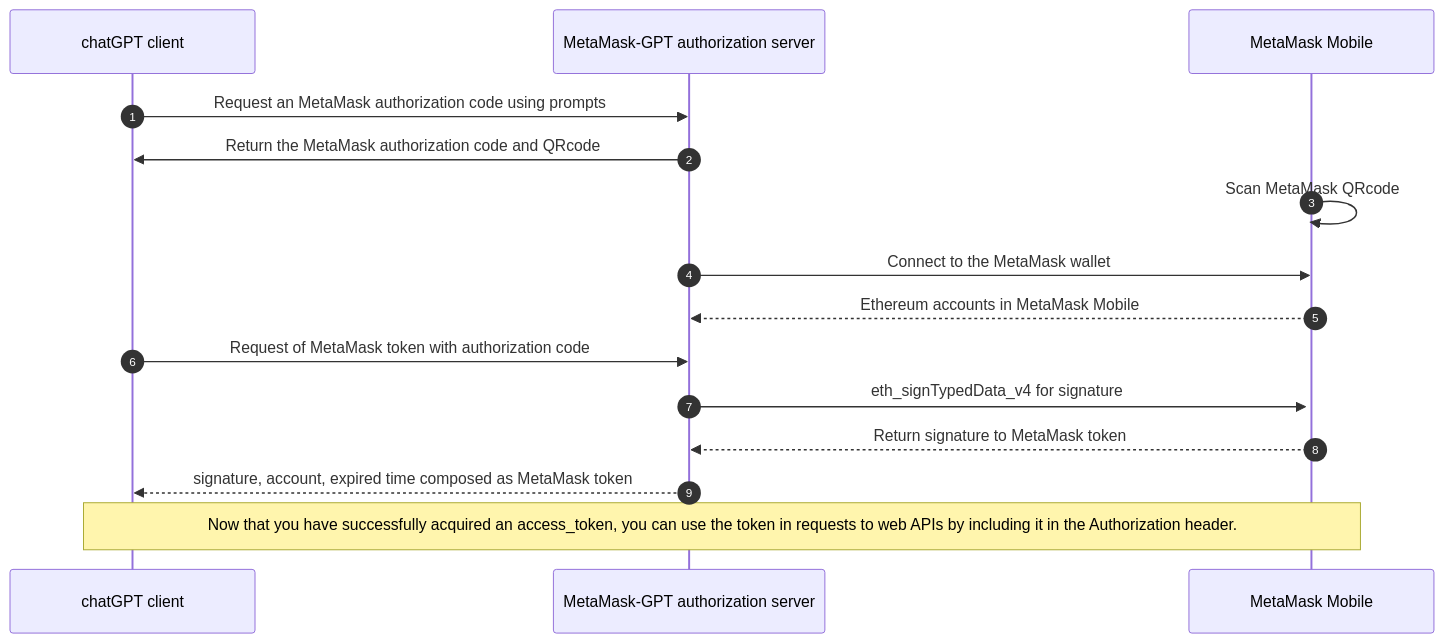
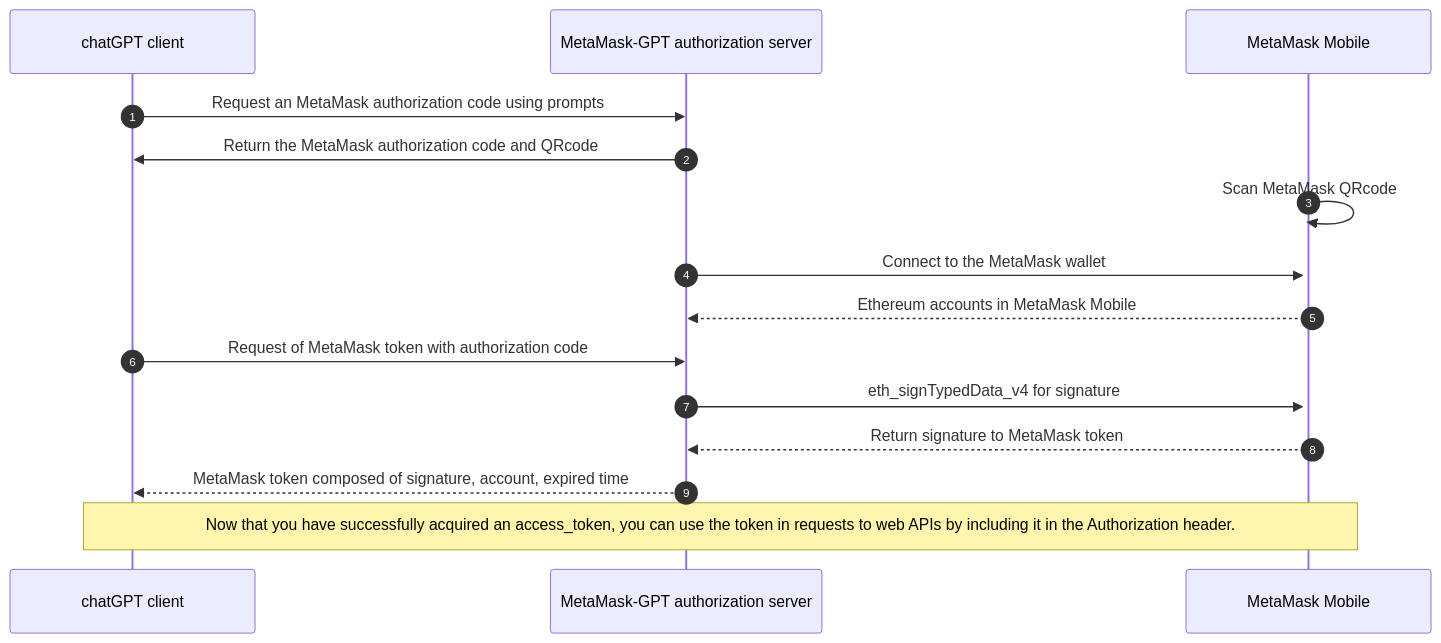
One commit to TheBestOrNothing/thebestornothing.github.io changed the diagram in website/docs/metamaskGPT/connect.mdx. Above: the diagram before and after it, drawn with Mermaid. The commit also changed other lines of this file, not shown here.

````diff
--- a/website/docs/metamaskGPT/connect.mdx
+++ b/website/docs/metamaskGPT/connect.mdx
@@ -29,30 +29,29 @@
 ```mermaid
 %%{
   init: {
     'sequence': {
       'actorMargin': 100,
       'width': 250,
       'noteMargin': 15
     }
   }
 }%%
 
 sequenceDiagram
     autonumber
     participant chatGPTClient as chatGPT client
     participant MetaMask-GPTAuthServer as MetaMask-GPT authorization server
     participant MetaMaskMobile as MetaMask Mobile
 
     chatGPTClient->>MetaMask-GPTAuthServer: Request an MetaMask authorization code using prompts
     MetaMask-GPTAuthServer->>chatGPTClient: Return the MetaMask authorization code and QRcode
     MetaMaskMobile->>MetaMaskMobile: Scan MetaMask QRcode 
-    MetaMask-GPTAuthServer->>MetaMaskMobile: Connect to the MetaMask wallet
-    activate MetaMaskMobile
+    MetaMask-GPTAuthServer->>+MetaMaskMobile: Connect to the MetaMask wallet
     MetaMaskMobile-->>MetaMask-GPTAuthServer: Ethereum accounts in MetaMask Mobile
     chatGPTClient->>MetaMask-GPTAuthServer: Request of MetaMask token with authorization code
     MetaMask-GPTAuthServer->>MetaMaskMobile: eth_signTypedData_v4 for signature 
     MetaMaskMobile-->>MetaMask-GPTAuthServer: Return signature to MetaMask token
-    MetaMask-GPTAuthServer-->>chatGPTClient: signature, account, expired time composed as MetaMask token
+    MetaMask-GPTAuthServer-->>chatGPTClient: MetaMask token composed of signature, account, expired time 
     note over chatGPTClient, MetaMaskMobile: Now that you have successfully acquired an access_token, you can use the token in requests to web APIs by including it in the Authorization header.
 
 ```
````
